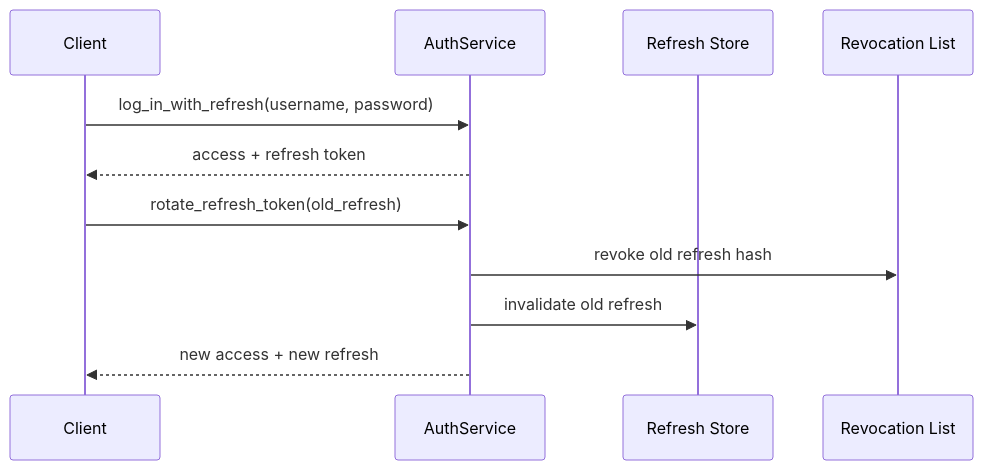
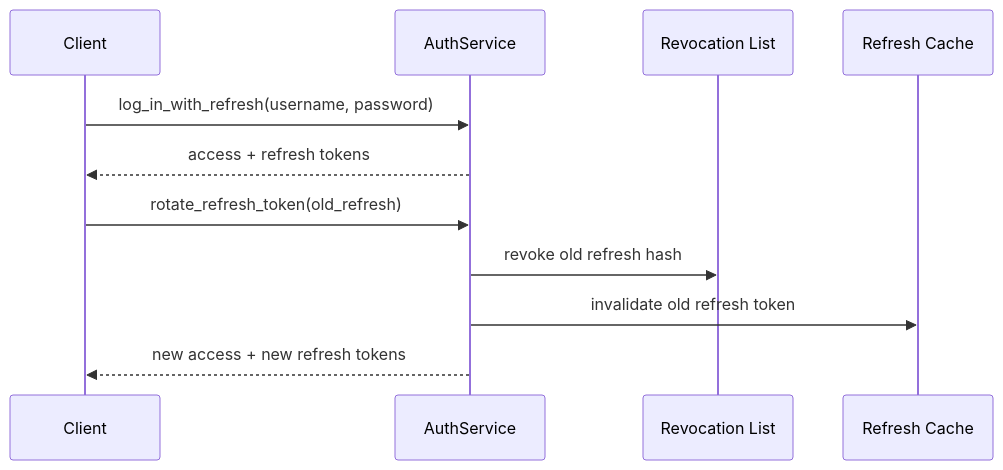
Before and after one commit to The-Outsider-97/SLAI: the second of 3 diagrams in src/functions/README.md, drawn with Mermaid. The commit also changed other lines of this file, not shown here.

````diff
--- a/src/functions/README.md
+++ b/src/functions/README.md
@@ -26,15 +81,15 @@
 ```mermaid
 sequenceDiagram
     participant C as Client
     participant AS as AuthService
-    participant RT as Refresh Store
     participant REV as Revocation List
+    participant RC as Refresh Cache
 
     C->>AS: log_in_with_refresh(username, password)
-    AS-->>C: access + refresh token
+    AS-->>C: access + refresh tokens
 
     C->>AS: rotate_refresh_token(old_refresh)
     AS->>REV: revoke old refresh hash
-    AS->>RT: invalidate old refresh
-    AS-->>C: new access + new refresh
+    AS->>RC: invalidate old refresh token
+    AS-->>C: new access + new refresh tokens
 ```
````
